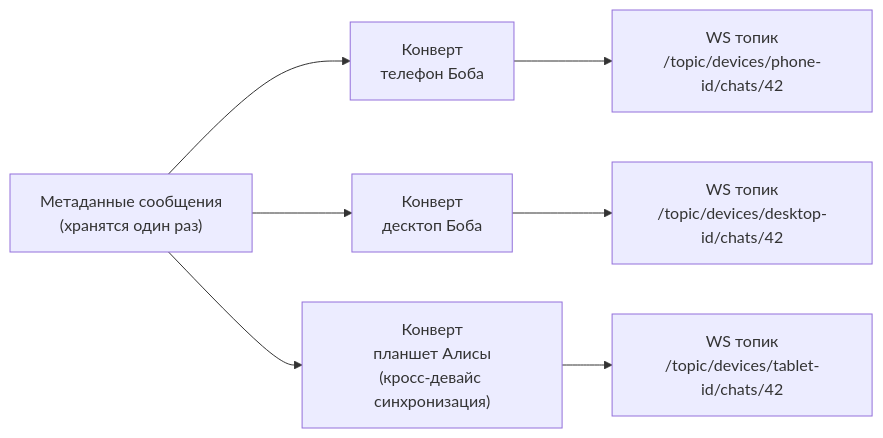
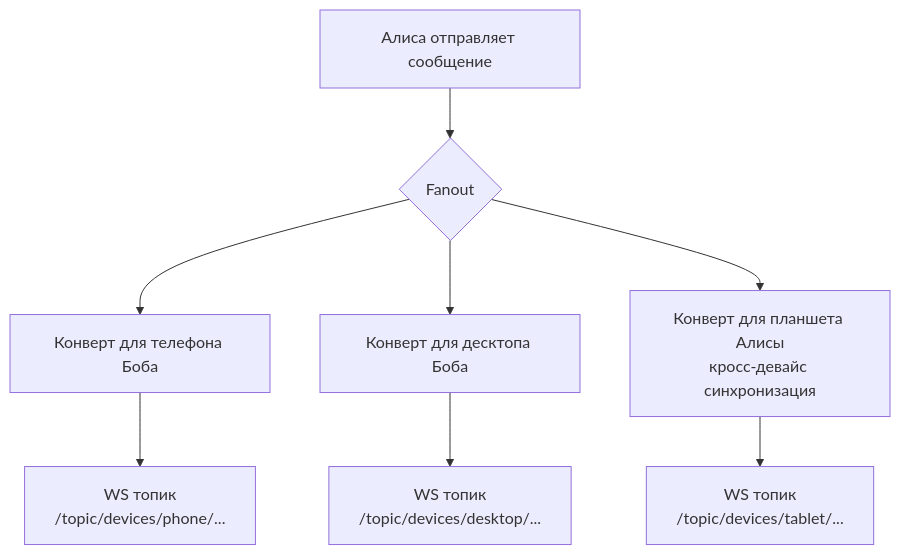
One commit to vaazhen/chaos-e2ee-messenger changed the fourth of 4 diagrams in README.ru.md. Above: the diagram before and after it, drawn with Mermaid. The commit also changed other lines of this file and 1 other file, not shown here.

Commit message:
docs: add Mermaid architecture, E2EE flow, and deployment diagrams to README

````diff
--- a/README.ru.md
+++ b/README.ru.md
@@ -347,10 +318,10 @@
 ```mermaid
-flowchart LR
-    M["Метаданные сообщения\n(хранятся один раз)"] --> E1["Конверт\nтелефон Боба"]
-    M --> E2["Конверт\nдесктоп Боба"]
-    M --> E3["Конверт\nпланшет Алисы\n(кросс-девайс синхронизация)"]
-
-    E1 --> WS1["WS топик\n/topic/devices/phone-id/chats/42"]
-    E2 --> WS2["WS топик\n/topic/devices/desktop-id/chats/42"]
-    E3 --> WS3["WS топик\n/topic/devices/tablet-id/chats/42"]
+graph TD
+    A[Алиса отправляет сообщение] --> F{Fanout}
+    F --> E1[Конверт для телефона Боба]
+    F --> E2[Конверт для десктопа Боба]
+    F --> E3[Конверт для планшета Алисы<br/>кросс-девайс синхронизация]
+    E1 --> WS1[WS топик<br/>/topic/devices/phone/...]
+    E2 --> WS2[WS топик<br/>/topic/devices/desktop/...]
+    E3 --> WS3[WS топик<br/>/topic/devices/tablet/...]
 ```
````
